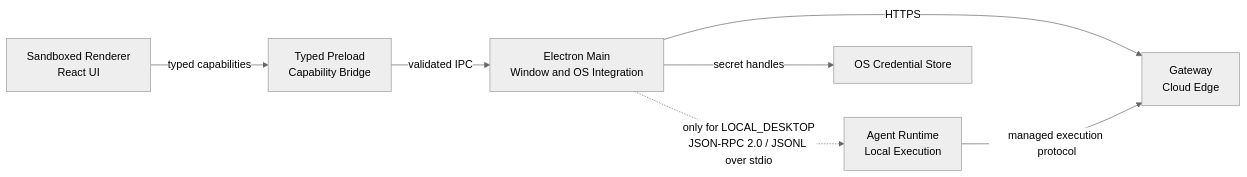
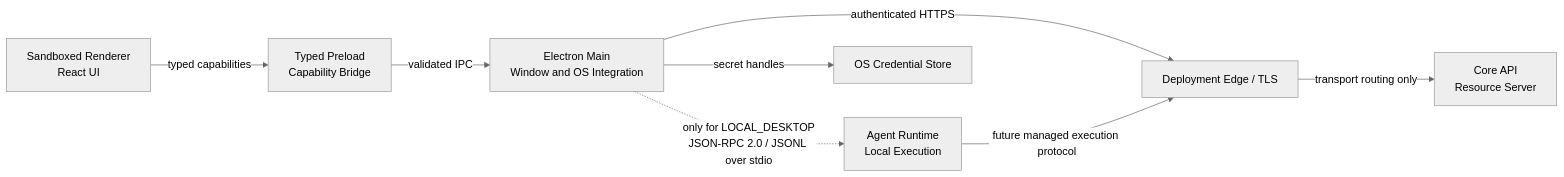
One commit to hataketed7977/taskpilot changed the first of 2 diagrams in apps/desktop/docs/architecture.md. Above: the diagram before and after it, drawn with Mermaid (neutral theme). The commit also changed other lines of this file and 185 other files, not shown here.

````diff
--- a/apps/desktop/docs/architecture.md
+++ b/apps/desktop/docs/architecture.md
@@ -45,17 +48,19 @@
 ```mermaid
 flowchart LR
     renderer["Sandboxed Renderer\nReact UI"]
     preload["Typed Preload\nCapability Bridge"]
     main["Electron Main\nWindow and OS Integration"]
     runtime["Agent Runtime\nLocal Execution"]
-    gateway["Gateway\nCloud Edge"]
+    edge["Deployment Edge / TLS"]
+    core["Core API\nResource Server"]
     credential["OS Credential Store"]
 
     renderer -->|typed capabilities| preload
     preload -->|validated IPC| main
     main -.->|only for LOCAL_DESKTOP
 JSON-RPC 2.0 / JSONL over stdio| runtime
-    main -->|HTTPS| gateway
+    main -->|authenticated HTTPS| edge
+    edge -->|transport routing only| core
     main -->|secret handles| credential
-    runtime -->|managed execution protocol| gateway
+    runtime -->|future managed execution protocol| edge
 ```
````
